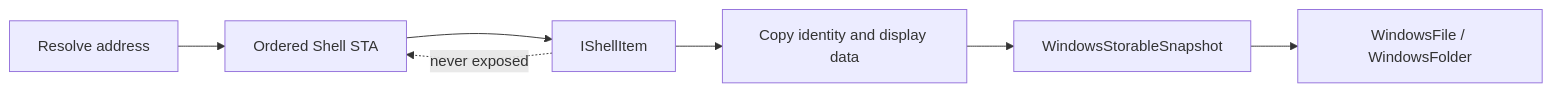
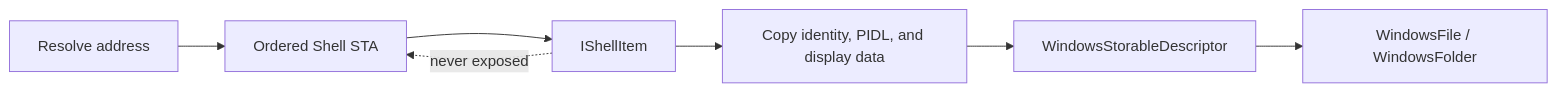
Before and after one commit to 0x5bfa/Files: the second of 5 diagrams in docs/architecture/windows-storage.md, drawn with Mermaid. The commit also changed other lines of this file and 21 other files, not shown here.

Commit message:
Complete Windows Shell identity and locator slice

````diff
--- a/docs/architecture/windows-storage.md
+++ b/docs/architecture/windows-storage.md
@@ -68,16 +75,16 @@
 ```mermaid
 flowchart LR
     Request["Resolve address"]
     STA["Ordered Shell STA"]
     Item["IShellItem"]
-    Copy["Copy identity and display data"]
-    Snapshot["WindowsStorableSnapshot"]
+    Copy["Copy identity, PIDL, and display data"]
+    Descriptor["WindowsStorableDescriptor"]
     Model["WindowsFile / WindowsFolder"]
 
     Request --> STA
     STA --> Item
     Item --> Copy
-    Copy --> Snapshot
-    Snapshot --> Model
+    Copy --> Descriptor
+    Descriptor --> Model
     Item -. never exposed .-> STA
 ```
````
